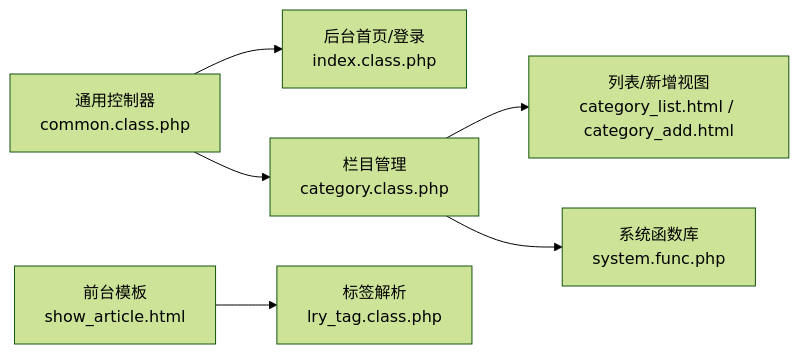
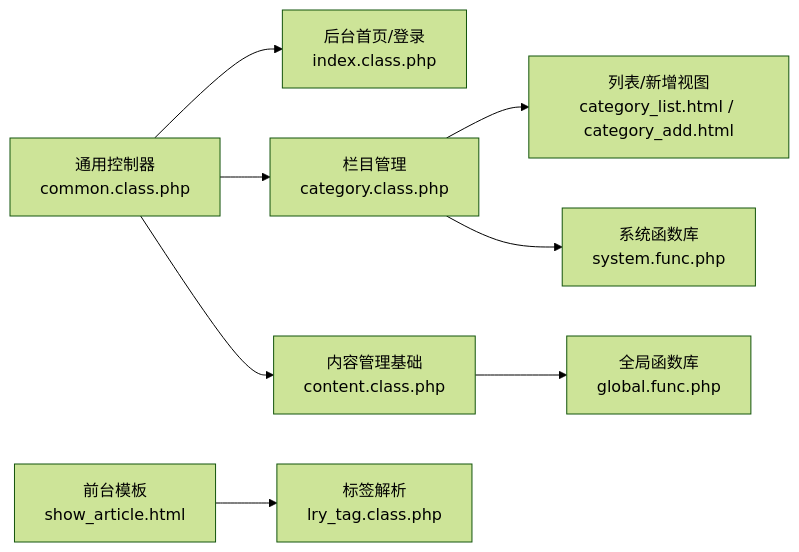
Diagram 11 of 11 in .qoder/repowiki/zh/content/后台管理模块/文章管理/文章管理.md (lirongyaoper/lryblog.com), drawn with Mermaid (forest theme) before and after one commit. The commit also changed other lines of this file and 4 other files, not shown here.

````diff
--- a/.qoder/repowiki/zh/content/后台管理模块/文章管理/文章管理.md
+++ b/.qoder/repowiki/zh/content/后台管理模块/文章管理/文章管理.md
@@ -315,8 +355,10 @@
 ```mermaid
 graph LR
 Common["通用控制器<br/>common.class.php"] --> IndexCtl["后台首页/登录<br/>index.class.php"]
 Common --> CategoryCtl["栏目管理<br/>category.class.php"]
+Common --> ContentCtl["内容管理基础<br/>content.class.php"]
 CategoryCtl --> CategoryView["列表/新增视图<br/>category_list.html / category_add.html"]
 CategoryCtl --> SystemFunc["系统函数库<br/>system.func.php"]
+ContentCtl --> GlobalFunc["全局函数库<br/>global.func.php"]
 ShowTpl["前台模板<br/>show_article.html"] --> TagClass["标签解析<br/>lry_tag.class.php"]
 ```
````
